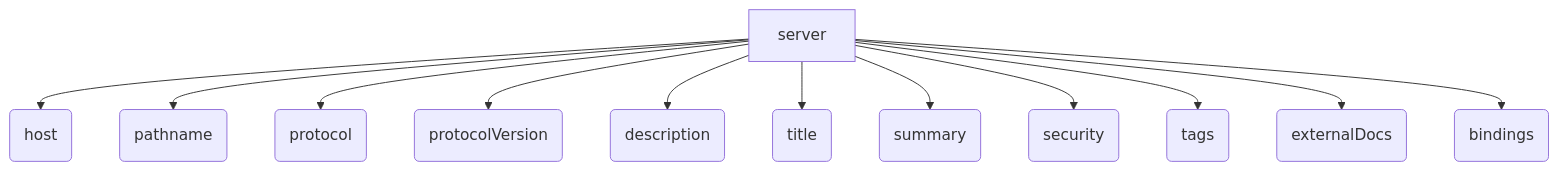
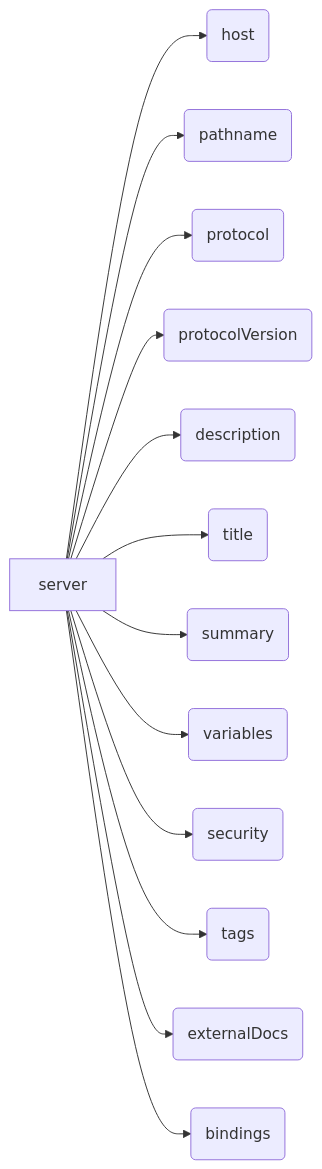
One commit to asyncapi/website changed the third of 6 diagrams in pages/docs/concepts/asyncapi-document/structure.md. Above: the diagram before and after it, drawn with Mermaid. The commit also changed other lines of this file, not shown here.

````diff
--- a/pages/docs/concepts/asyncapi-document/structure.md
+++ b/pages/docs/concepts/asyncapi-document/structure.md
@@ -110,27 +108,29 @@
 ```mermaid
-graph 
+graph LR
   A[server]
   B(host)
   C(pathname)
   D(protocol)
   E(protocolVersion)
   F(description)
   G(title)
   H(summary)
-  I(security)
-  J(tags)
-  K(externalDocs)
-  L(bindings)
+  I(variables)
+  J(security)
+  K(tags)
+  L(externalDocs)
+  M(bindings)
 
   A --> B
   A --> C
   A --> D
   A --> E
   A --> F
   A --> G
   A --> H
   A --> I
   A --> J
   A --> K
   A --> L
+  A --> M
 ```
````
